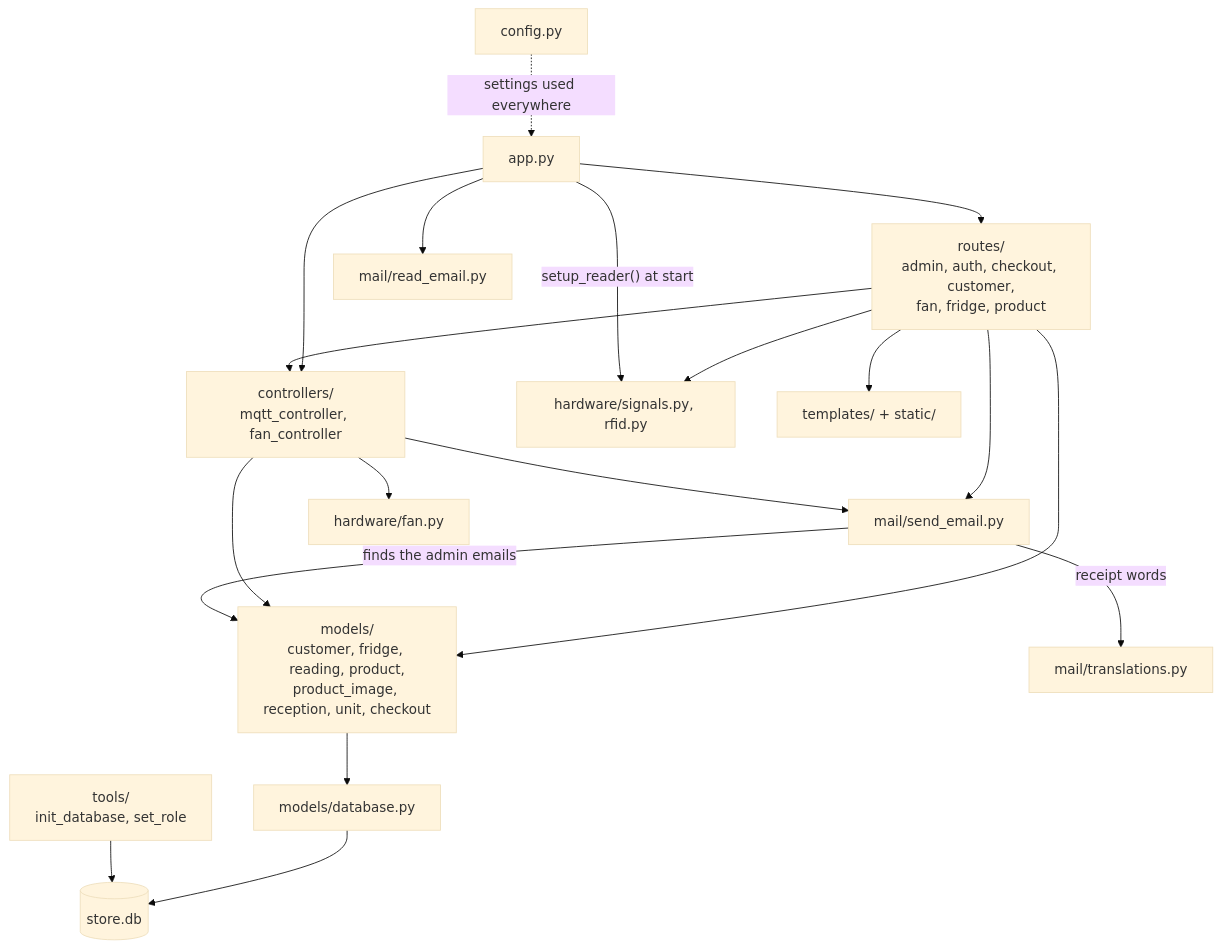
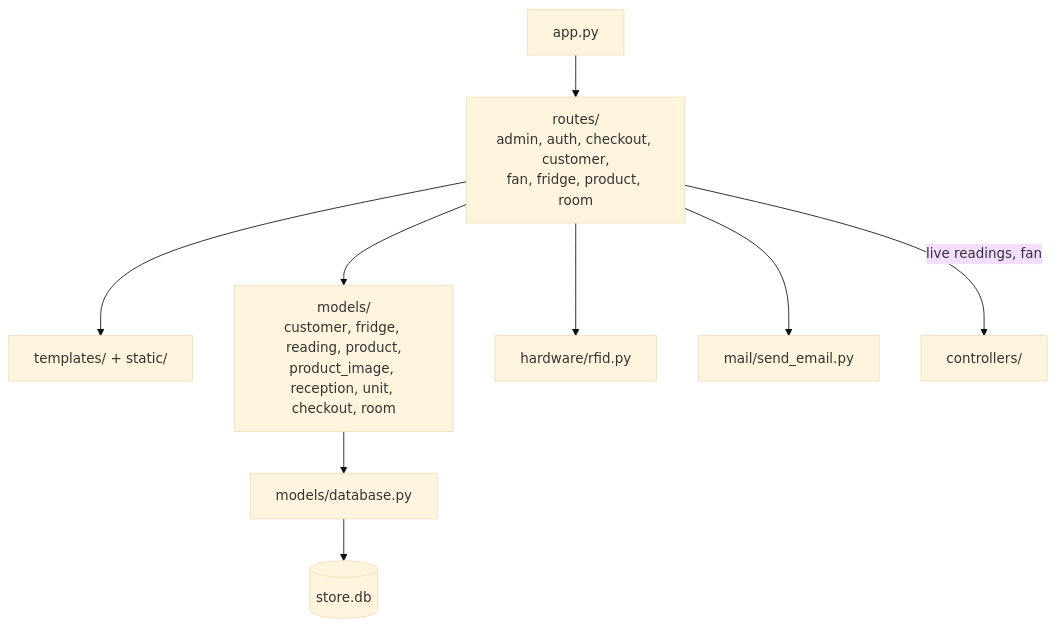
One commit to gvogas/IoT changed the fourth of 5 diagrams in docs/architecture.md. Above: the diagram before and after it, drawn with Mermaid (base theme). The commit also changed other lines of this file and 58 other files, not shown here.

````diff
--- a/docs/architecture.md
+++ b/docs/architecture.md
@@ -81,25 +139,11 @@
 ```mermaid
 flowchart TD
-    app["app.py"] --> routes
-    app --> controllers
-    app --> mail_read["mail/read_email.py"]
-
-    routes["routes/<br/>admin, auth, checkout, customer,<br/>fan, fridge, product"] --> models
-    routes --> controllers
-    routes --> signals["hardware/signals.py, rfid.py"]
-    app -->|"setup_reader() at start"| signals
-    routes --> mail_send
+    app["app.py"] --> routes["routes/<br/>admin, auth, checkout, customer,<br/>fan, fridge, product, room"]
     routes --> templates["templates/ + static/"]
-
-    controllers["controllers/<br/>mqtt_controller, fan_controller"] --> models
-    controllers --> fan["hardware/fan.py"]
-    controllers --> mail_send["mail/send_email.py"]
-    mail_send -->|"finds the admin emails"| models
-    mail_send -->|"receipt words"| translations["mail/translations.py"]
-
-    models["models/<br/>customer, fridge, reading, product,<br/>product_image, reception, unit, checkout"] --> database["models/database.py"]
+    routes --> models["models/<br/>customer, fridge, reading, product,<br/>product_image, reception, unit, checkout, room"]
+    routes --> hardware["hardware/rfid.py"]
+    routes --> mail_send["mail/send_email.py"]
+    routes -->|"live readings, fan"| controllers["controllers/"]
+    models --> database["models/database.py"]
     database --> db[("store.db")]
-
-    tools["tools/<br/>init_database, set_role"] --> db
-    config["config.py"] -.->|"settings used everywhere"| app
 ```
````
